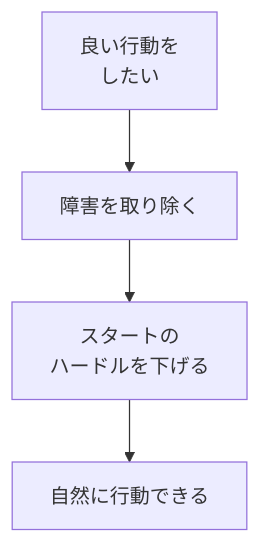
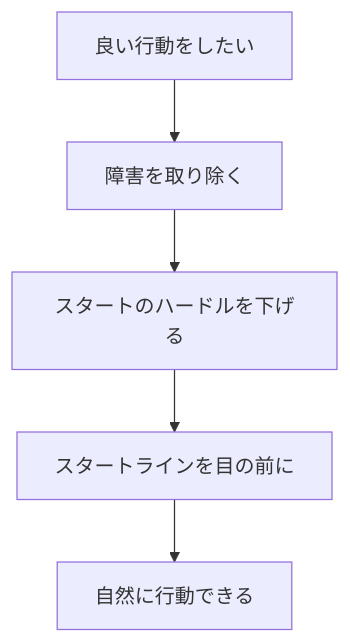
The second of 4 diagrams in content/blog/282-environment-design-behavior-change.md (tndg16-bot/portfolio-site), drawn with Mermaid before and after one commit. The commit also changed other lines of this file and 19 other files, not shown here.

````diff
--- a/content/blog/282-environment-design-behavior-change.md
+++ b/content/blog/282-environment-design-behavior-change.md
@@ -60,7 +61,7 @@
 ```mermaid
 graph TD
-    A[良い行動を<br/>したい]
-    A --> B[障害を取り除く]
-    B --> C[スタートの<br/>ハードルを下げる]
-    C --> D[自然に行動できる]
+    A[良い行動をしたい] --> B[障害を取り除く]
+    B --> C[スタートのハードルを下げる]
+    C --> D[スタートラインを目の前に]
+    D --> E[自然に行動できる]
 ```
````
